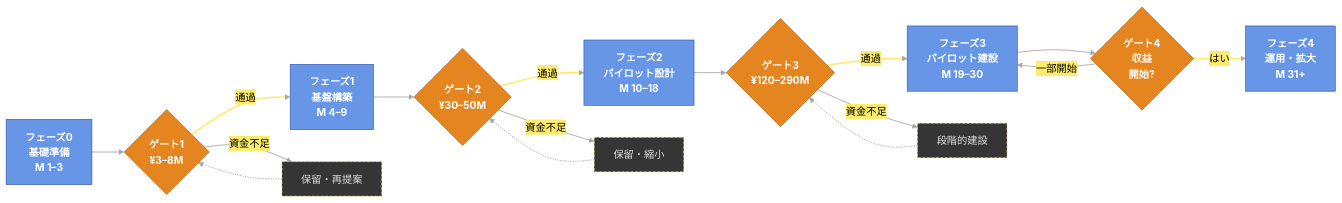
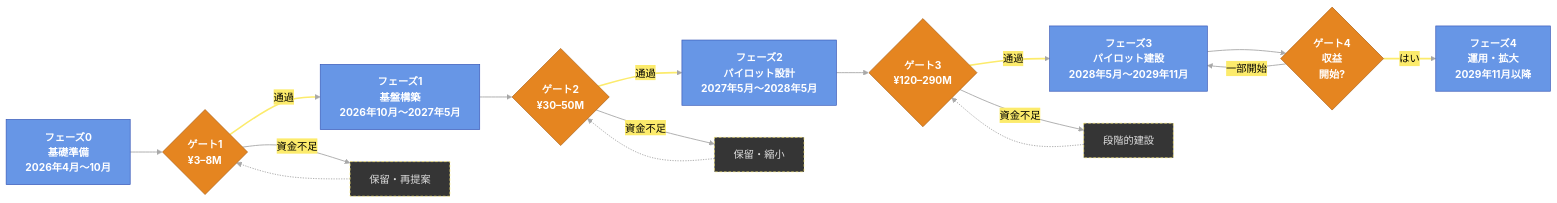
One commit to robouden/mitsue-ai-data-center changed the first of 2 diagrams in mitsue_phases_funding_flowchart_jp.md. Above: the diagram before and after it, drawn with Mermaid. The commit also changed other lines of this file and 17 other files, not shown here.

First line of the commit message:
docs(schedule): sync phase timeline to operative OpenProject Gantt

````diff
--- a/mitsue_phases_funding_flowchart_jp.md
+++ b/mitsue_phases_funding_flowchart_jp.md
@@ -22,48 +24,48 @@
 ```mermaid
 %%{init: {'theme':'base','flowchart':{'htmlLabels':true},'themeVariables':{
   'background':'#404040',
   'primaryColor':'#6796e6','primaryTextColor':'#FFFFFF','primaryBorderColor':'#3655b5',
   'lineColor':'#A8A8A8','textColor':'#DEDEDE',
   'edgeLabelBackground':'#FCEB6C',
   'fontFamily':'Noto Sans JP, Yu Gothic, sans-serif'
 }}}%%
 flowchart LR
-    P0["フェーズ0<br/>基礎準備<br/>M 1–3"]
-    P1["フェーズ1<br/>基盤構築<br/>M 4–9"]
-    P2["フェーズ2<br/>パイロット設計<br/>M 10–18"]
-    P3["フェーズ3<br/>パイロット建設<br/>M 19–30"]
-    P4["フェーズ4<br/>運用・拡大<br/>M 31+"]
+    P0["フェーズ0<br/>基礎準備<br/>2026年4月〜10月"]
+    P1["フェーズ1<br/>基盤構築<br/>2026年10月〜2027年5月"]
+    P2["フェーズ2<br/>パイロット設計<br/>2027年5月〜2028年5月"]
+    P3["フェーズ3<br/>パイロット建設<br/>2028年5月〜2029年11月"]
+    P4["フェーズ4<br/>運用・拡大<br/>2029年11月以降"]
 
     G1{"ゲート1<br/>¥3–8M"}
     G2{"ゲート2<br/>¥30–50M"}
     G3{"ゲート3<br/>¥120–290M"}
     G4{"ゲート4<br/>収益<br/>開始?"}
 
     H1["保留・再提案"]
     H2["保留・縮小"]
     H3["段階的建設"]
 
     P0 --> G1
     G1 -->|通過| P1
     P1 --> G2
     G2 -->|通過| P2
     P2 --> G3
     G3 -->|通過| P3
     P3 --> G4
     G4 -->|はい| P4
 
     G1 -->|資金不足| H1 -.-> G1
     G2 -->|資金不足| H2 -.-> G2
     G3 -->|資金不足| H3 -.-> G3
     G4 -->|一部開始| P3
 
     classDef phase fill:#6796e6,stroke:#3655b5,stroke-width:1px,color:#FFFFFF,font-weight:bold
     classDef gate  fill:#e58520,stroke:#A85C10,stroke-width:1px,color:#FFFFFF,font-weight:bold
     classDef hold  fill:#353535,stroke:#FCEB6C,stroke-width:1px,color:#DEDEDE,stroke-dasharray:4 3
     class P0,P1,P2,P3,P4 phase
     class G1,G2,G3,G4 gate
     class H1,H2,H3 hold
 
     linkStyle default stroke:#A8A8A8,stroke-width:1.4px,color:#000000
     linkStyle 1,3,5,7 stroke:#FCEB6C,stroke-width:2.5px,color:#000000
 ```
````
